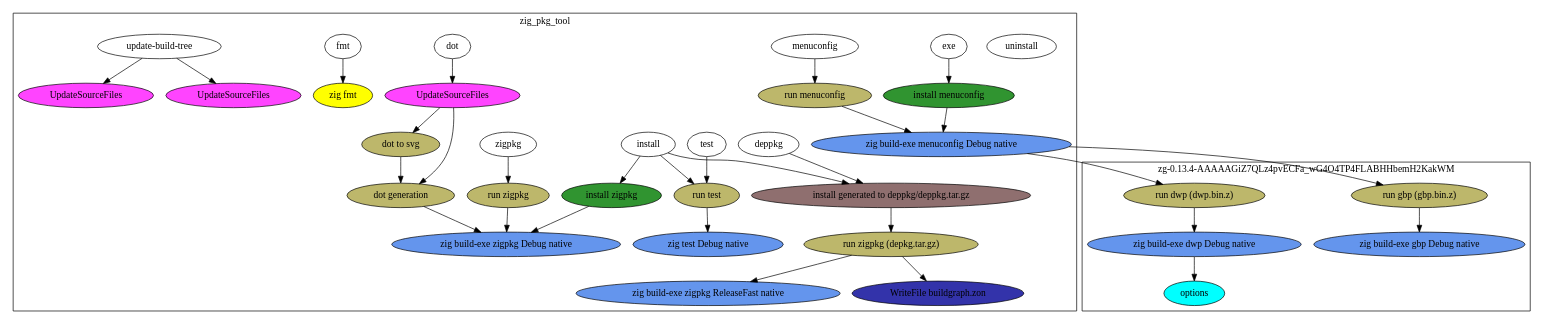
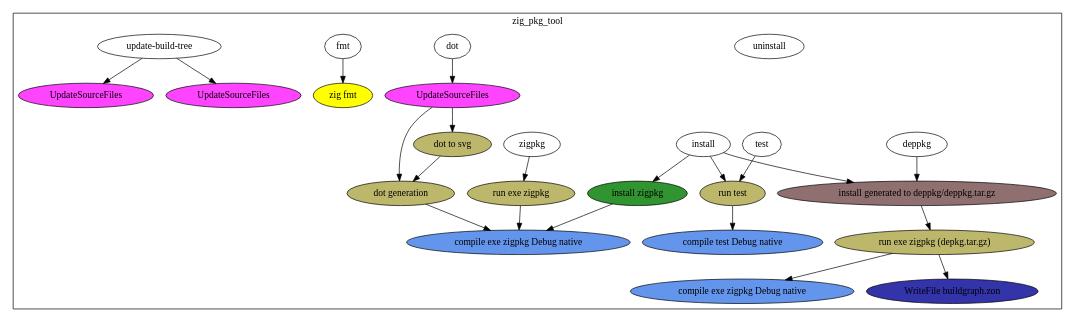
The diagram in graph.dot (dasimmet/zig_pkg_tool), drawn with Graphviz before and after one commit. The commit also changed 1 other file, not shown here.

Commit message:
rebuild dot graph

```diff
--- a/graph.dot
+++ b/graph.dot
@@ -1,117 +1,76 @@
 digraph {
 "N0" [label="install", style="filled", fillcolor="#ffffff", group="G0", tooltip=""]
 "N0" -> "N1"
 "N0" -> "N5"
 "N0" -> "N7"
 "N1" [label="install generated to deppkg/deppkg.tar.gz", style="filled", fillcolor="#8f6f6f", group="G0", tooltip=""]
 "N1" -> "N2"
-"N2" [label="run zigpkg (depkg.tar.gz)", style="filled", fillcolor="#bdb76b", group="G0", tooltip=""]
+"N2" [label="run exe zigpkg (depkg.tar.gz)", style="filled", fillcolor="#bdb76b", group="G0", tooltip=""]
 "N2" -> "N3"
 "N2" -> "N4"
-"N3" [label="zig build-exe zigpkg ReleaseFast native", style="filled", fillcolor="#6495ed", group="G0", tooltip=""]
+"N3" [label="compile exe zigpkg Debug native", style="filled", fillcolor="#6495ed", group="G0", tooltip=""]
 "N4" [label="WriteFile buildgraph.zon", style="filled", fillcolor="#3333aa", group="G0", tooltip=""]
 "N5" [label="install zigpkg", style="filled", fillcolor="#309430", group="G0", tooltip=""]
 "N5" -> "N6"
-"N6" [label="zig build-exe zigpkg Debug native", style="filled", fillcolor="#6495ed", group="G0", tooltip=""]
+"N6" [label="compile exe zigpkg Debug native", style="filled", fillcolor="#6495ed", group="G0", tooltip=""]
 "N7" [label="run test", style="filled", fillcolor="#bdb76b", group="G0", tooltip=""]
 "N7" -> "N8"
-"N8" [label="zig test Debug native", style="filled", fillcolor="#6495ed", group="G0", tooltip=""]
+"N8" [label="compile test Debug native", style="filled", fillcolor="#6495ed", group="G0", tooltip=""]
 "N9" [label="uninstall", style="filled", fillcolor="#ffffff", group="G0", tooltip=""]
-"N10" [label="exe", style="filled", fillcolor="#ffffff", group="G0", tooltip=""]
-"N10" -> "N11"
-"N11" [label="install menuconfig", style="filled", fillcolor="#309430", group="G0", tooltip=""]
+"N10" [label="deppkg", style="filled", fillcolor="#ffffff", group="G0", tooltip=""]
+"N10" -> "N1"
+"N11" [label="zigpkg", style="filled", fillcolor="#ffffff", group="G0", tooltip=""]
 "N11" -> "N12"
-"N12" [label="zig build-exe menuconfig Debug native", style="filled", fillcolor="#6495ed", group="G0", tooltip=""]
-"N12" -> "N13"
-"N12" -> "N15"
-"N13" [label="run gbp (gbp.bin.z)", style="filled", fillcolor="#bdb76b", group="G3", tooltip=""]
-"N13" -> "N14"
-"N14" [label="zig build-exe gbp Debug native", style="filled", fillcolor="#6495ed", group="G3", tooltip=""]
-"N15" [label="run dwp (dwp.bin.z)", style="filled", fillcolor="#bdb76b", group="G3", tooltip=""]
+"N12" [label="run exe zigpkg", style="filled", fillcolor="#bdb76b", group="G0", tooltip=""]
+"N12" -> "N6"
+"N13" [label="test", style="filled", fillcolor="#ffffff", group="G0", tooltip=""]
+"N13" -> "N7"
+"N14" [label="dot", style="filled", fillcolor="#ffffff", group="G0", tooltip=""]
+"N14" -> "N15"
+"N15" [label="UpdateSourceFiles", style="filled", fillcolor="#ff44ff", group="G0", tooltip=""]
 "N15" -> "N16"
-"N16" [label="zig build-exe dwp Debug native", style="filled", fillcolor="#6495ed", group="G3", tooltip=""]
-"N16" -> "N17"
-"N17" [label="options", style="filled", fillcolor="#00ffff", group="G3", tooltip=""]
-"N18" [label="menuconfig", style="filled", fillcolor="#ffffff", group="G0", tooltip=""]
+"N15" -> "N17"
+"N16" [label="dot generation", style="filled", fillcolor="#bdb76b", group="G0", tooltip=""]
+"N16" -> "N6"
+"N17" [label="dot to svg", style="filled", fillcolor="#bdb76b", group="G0", tooltip=""]
+"N17" -> "N16"
+"N18" [label="fmt", style="filled", fillcolor="#ffffff", group="G0", tooltip=""]
 "N18" -> "N19"
-"N19" [label="run menuconfig", style="filled", fillcolor="#bdb76b", group="G0", tooltip=""]
-"N19" -> "N12"
-"N20" [label="deppkg", style="filled", fillcolor="#ffffff", group="G0", tooltip=""]
-"N20" -> "N1"
-"N21" [label="zigpkg", style="filled", fillcolor="#ffffff", group="G0", tooltip=""]
-"N21" -> "N22"
-"N22" [label="run zigpkg", style="filled", fillcolor="#bdb76b", group="G0", tooltip=""]
-"N22" -> "N6"
-"N23" [label="test", style="filled", fillcolor="#ffffff", group="G0", tooltip=""]
-"N23" -> "N7"
-"N24" [label="dot", style="filled", fillcolor="#ffffff", group="G0", tooltip=""]
-"N24" -> "N25"
-"N25" [label="UpdateSourceFiles", style="filled", fillcolor="#ff44ff", group="G0", tooltip=""]
-"N25" -> "N26"
-"N25" -> "N27"
-"N26" [label="dot generation", style="filled", fillcolor="#bdb76b", group="G0", tooltip=""]
-"N26" -> "N6"
-"N27" [label="dot to svg", style="filled", fillcolor="#bdb76b", group="G0", tooltip=""]
-"N27" -> "N26"
-"N28" [label="fmt", style="filled", fillcolor="#ffffff", group="G0", tooltip=""]
-"N28" -> "N29"
-"N29" [label="zig fmt", style="filled", fillcolor="#ffff00", group="G0", tooltip=""]
-"N30" [label="update-build-tree", style="filled", fillcolor="#ffffff", group="G0", tooltip=""]
-"N30" -> "N31"
-"N30" -> "N32"
-"N31" [label="UpdateSourceFiles", style="filled", fillcolor="#ff44ff", group="G0", tooltip=""]
-"N32" [label="UpdateSourceFiles", style="filled", fillcolor="#ff44ff", group="G0", tooltip=""]
+"N19" [label="zig fmt", style="filled", fillcolor="#ffff00", group="G0", tooltip=""]
+"N20" [label="update-build-tree", style="filled", fillcolor="#ffffff", group="G0", tooltip=""]
+"N20" -> "N21"
+"N20" -> "N22"
+"N21" [label="UpdateSourceFiles", style="filled", fillcolor="#ff44ff", group="G0", tooltip=""]
+"N22" [label="UpdateSourceFiles", style="filled", fillcolor="#ff44ff", group="G0", tooltip=""]
 subgraph cluster_0 {
   cluster = true
   label = "zig_pkg_tool"
   "N0"
   "N1"
   "N2"
   "N3"
   "N4"
   "N5"
   "N6"
   "N7"
   "N8"
   "N9"
   "N10"
   "N11"
   "N12"
+  "N13"
+  "N14"
+  "N15"
+  "N16"
+  "N17"
   "N18"
   "N19"
   "N20"
   "N21"
   "N22"
-  "N23"
-  "N24"
-  "N25"
-  "N26"
-  "N27"
-  "N28"
-  "N29"
-  "N30"
-  "N31"
-  "N32"
 }
 subgraph cluster_1 {
   cluster = true
-  label = "vaxis-0.1.0-BWNV_BzyCADK2dn8dd4IAD2HjdgAFw34iRiNMX00-14g"
-}
-subgraph cluster_2 {
-  cluster = true
-  label = "zigimg-0.1.0-lly-O-NTEABwkjg9_WM4uLQr_TtL-7jp375PsZJyugGN"
-}
-subgraph cluster_3 {
-  cluster = true
-  label = "zg-0.13.4-AAAAAGiZ7QLz4pvECFa_wG4O4TP4FLABHHbemH2KakWM"
-  "N13"
-  "N14"
-  "N15"
-  "N16"
-  "N17"
-}
-subgraph cluster_4 {
-  cluster = true
-  label = "known_folders-0.0.0-Fy-PJtLDAADGDOwYwMkVydMSTp_aN-nfjCZw6qPQ2ECL"
+  label = "known_folders-0.0.0-Fy-PJkfRAAAVdptXWXBspIIC7EkVgLgWozU5zIk5Zgcy"
 }
 }
```
